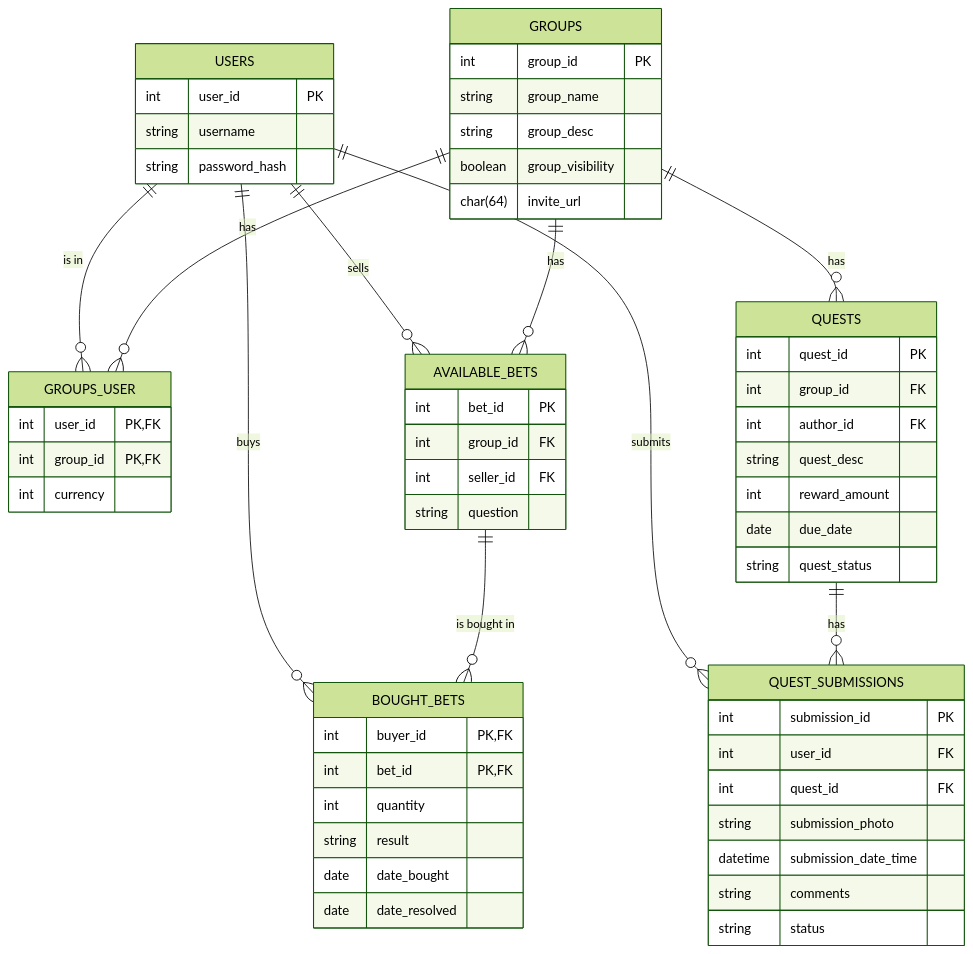
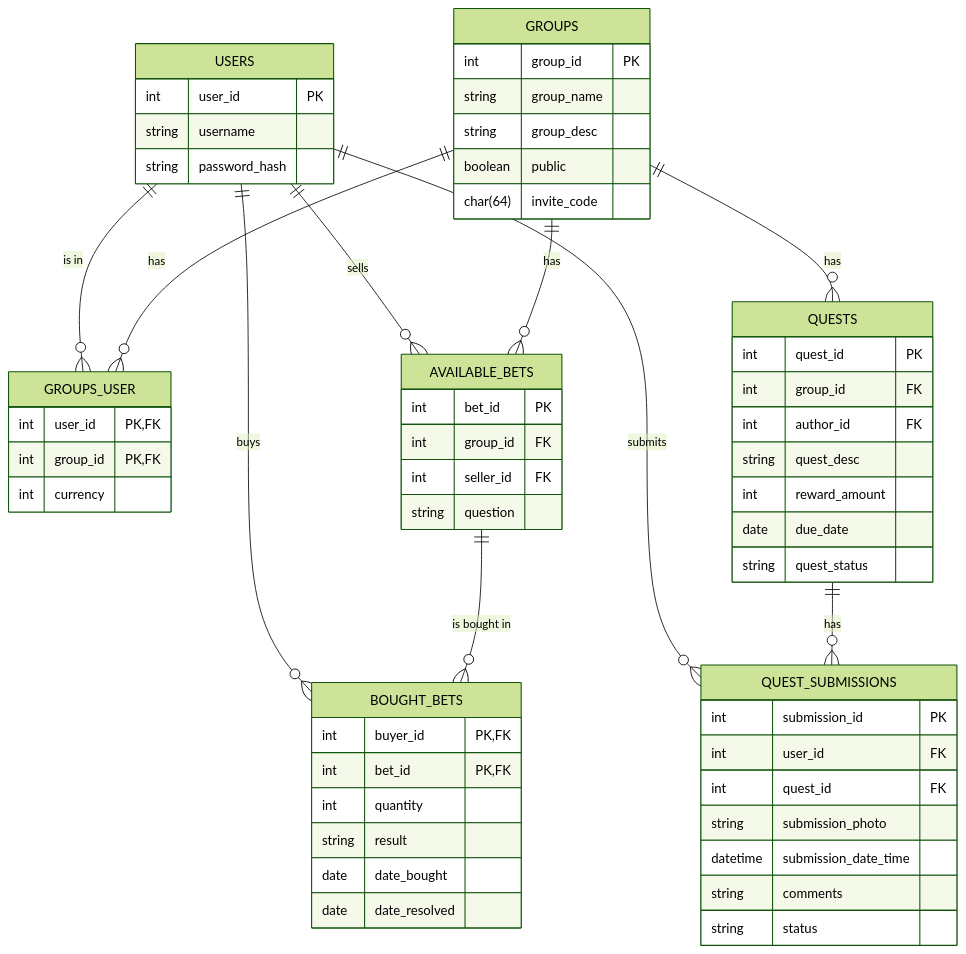
The diagram in docs/erd.md (jdolak/sidequest), drawn with Mermaid (forest theme) before and after one commit. The commit also changed 4 other files, not shown here.

````diff
--- a/docs/erd.md
+++ b/docs/erd.md
@@ -1,69 +1,69 @@
 ```mermaid
 erDiagram
     USERS {
         int user_id PK
         string username
         string password_hash
     }
 
     GROUPS {
         int group_id PK
         string group_name
         string group_desc
-        boolean group_visibility
-        char(64) invite_url
+        boolean public
+        char(64) invite_code
     }
 
     GROUPS_USER {
         int user_id PK,FK
         int group_id PK,FK
         int currency
     }
 
     AVAILABLE_BETS {
         int bet_id PK
         int group_id FK
         int seller_id FK
         string question
     }
 
     BOUGHT_BETS {
         int buyer_id PK,FK
         int bet_id PK,FK
         int quantity
         string result
         date date_bought
         date date_resolved
     }
 
     QUESTS {
         int quest_id PK
         int group_id FK
         int author_id FK
         string quest_desc
         int reward_amount
         date due_date
         string quest_status
     }
 
     QUEST_SUBMISSIONS {
         int submission_id PK
         int user_id FK
         int quest_id FK
         string submission_photo
         datetime submission_date_time
         string comments
         string status
     }
 
     USERS ||--o{ GROUPS_USER : "is in"
     GROUPS ||--o{ GROUPS_USER : "has"
     USERS ||--o{ AVAILABLE_BETS : "sells"
     GROUPS ||--o{ AVAILABLE_BETS : "has"
     USERS ||--o{ BOUGHT_BETS : "buys"
     AVAILABLE_BETS ||--o{ BOUGHT_BETS : "is bought in"
     GROUPS ||--o{ QUESTS : "has"
     USERS ||--o{ QUEST_SUBMISSIONS : "submits"
     QUESTS ||--o{ QUEST_SUBMISSIONS : "has"
 
 ```
````
